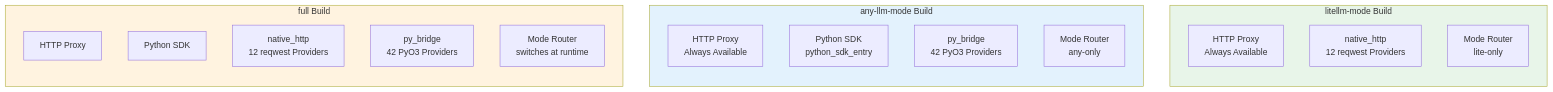
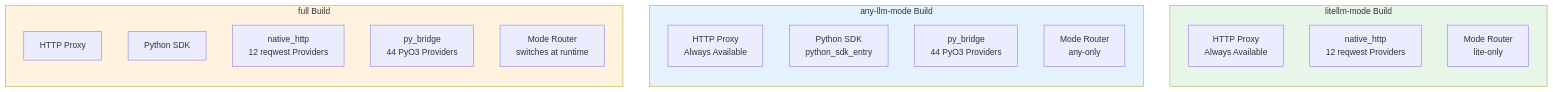
One commit to CipherOcto/cipherocto changed diagram 17 of 19 in docs/architecture/quota-router-architecture.md. Above: the diagram before and after it, drawn with Mermaid. The commit also changed other lines of this file, not shown here.

First line of the commit message:
docs(arch): fix Section 10 provider counts — py_bridge has 44 providers

````diff
--- a/docs/architecture/quota-router-architecture.md
+++ b/docs/architecture/quota-router-architecture.md
@@ -1018,29 +1018,29 @@
 ```mermaid
 graph TB
     subgraph Litellm["litellm-mode Build"]
         direction TB
         L1[HTTP Proxy<br/>Always Available]
         L2[native_http<br/>12 reqwest Providers]
         L3[Mode Router<br/>lite-only]
         style Litellm fill:#e8f5e9
     end
 
     subgraph AnyLlm["any-llm-mode Build"]
         direction TB
         A1[HTTP Proxy<br/>Always Available]
         A2[Python SDK<br/>python_sdk_entry]
-        A3[py_bridge<br/>42 PyO3 Providers]
+        A3[py_bridge<br/>44 PyO3 Providers]
         A4[Mode Router<br/>any-only]
         style AnyLlm fill:#e3f2fd
     end
 
     subgraph Full["full Build"]
         direction TB
         F1[HTTP Proxy]
         F2[Python SDK]
         F3[native_http<br/>12 reqwest Providers]
-        F4[py_bridge<br/>42 PyO3 Providers]
+        F4[py_bridge<br/>44 PyO3 Providers]
         F5[Mode Router<br/>switches at runtime]
         style Full fill:#fff3e0
     end
 ```
````
